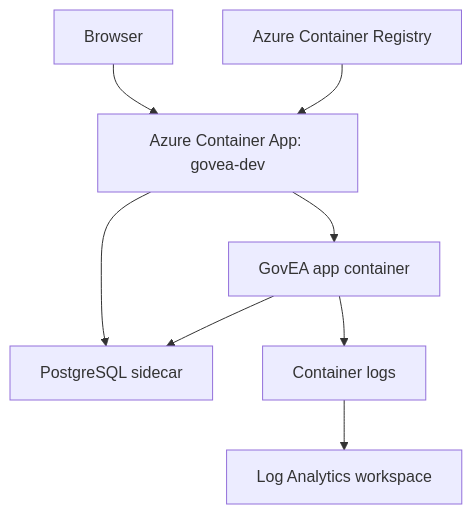
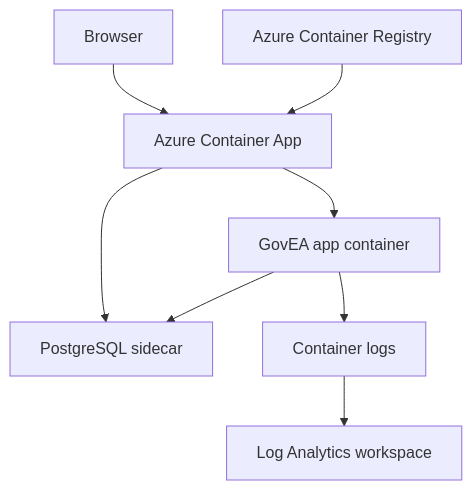
The third of 3 diagrams in docs/architect/runtime-and-deployment.md (roballred/GovEA), drawn with Mermaid before and after one commit. The commit also changed other lines of this file and 8 other files, not shown here.

````diff
--- a/docs/architect/runtime-and-deployment.md
+++ b/docs/architect/runtime-and-deployment.md
@@ -121,10 +121,10 @@
 ```mermaid
 flowchart TD
-  User["Browser"] --> ACA["Azure Container App: govea-dev"]
+  User["Browser"] --> ACA["Azure Container App"]
   ACA --> App["GovEA app container"]
   ACA --> Pg["PostgreSQL sidecar"]
   App --> Pg
   App --> Logs["Container logs"]
   Logs --> LAW["Log Analytics workspace"]
   ACR["Azure Container Registry"] --> ACA
 ```
````
